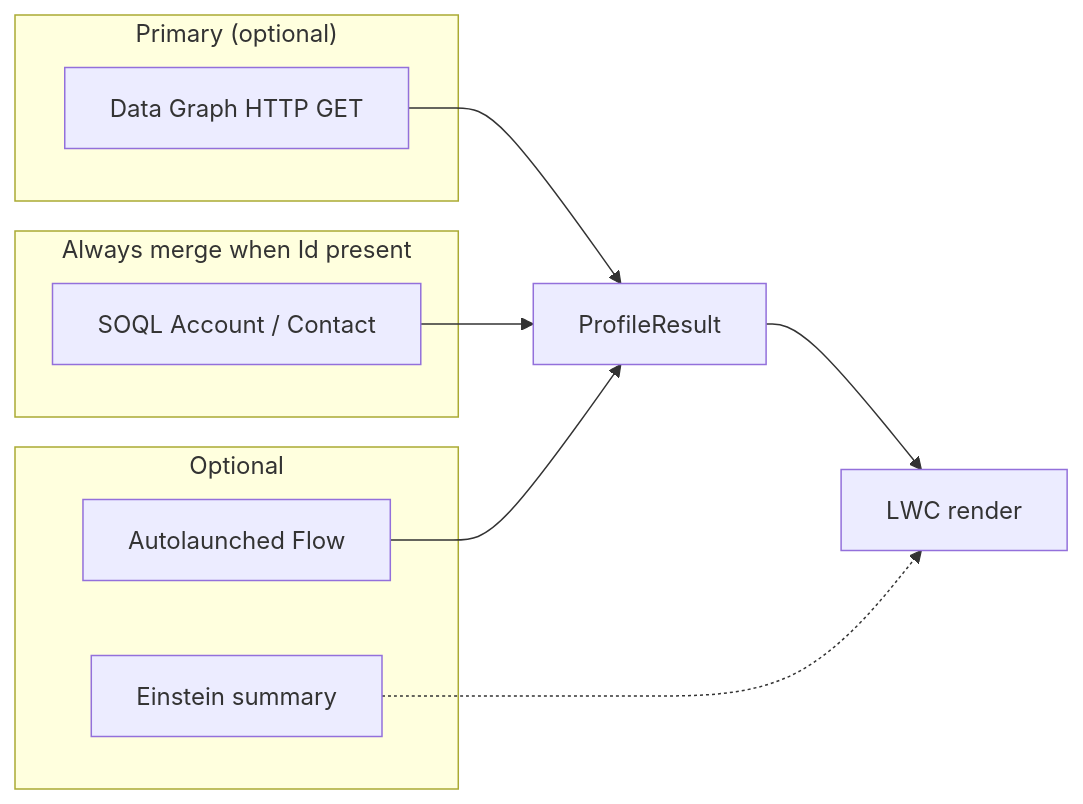
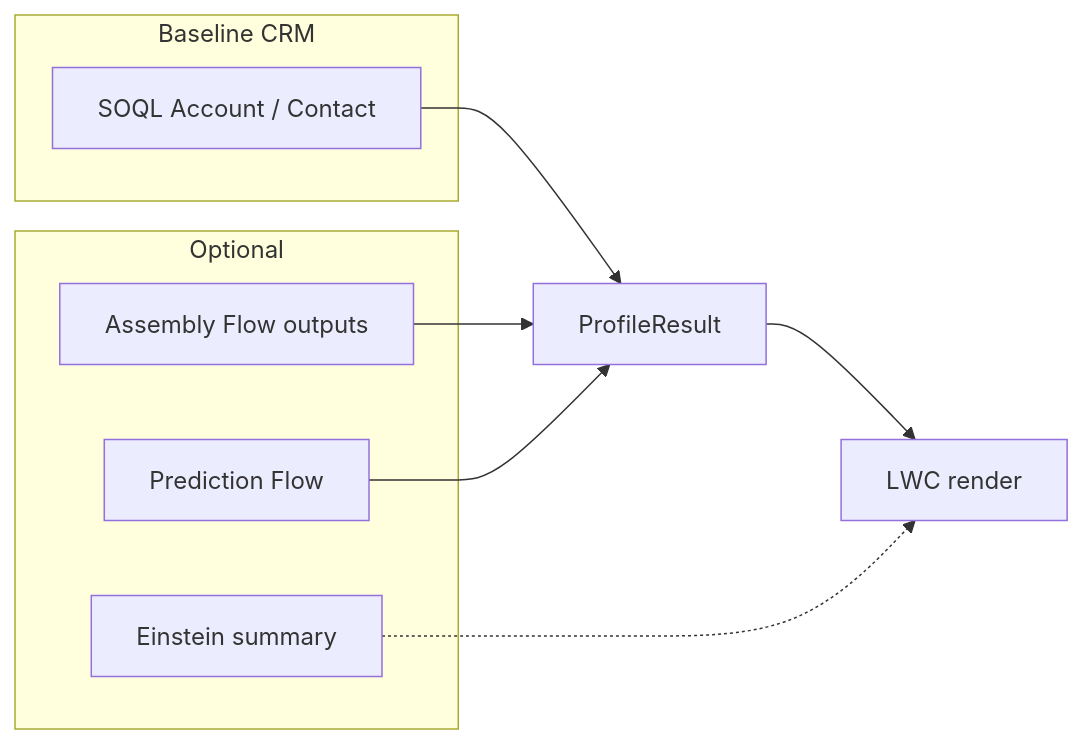
The first of 7 diagrams in DC_PersonProfileWidget/docs/DIAGRAMS.md (josers18/JDO), drawn with Mermaid before and after one commit. The commit also changed other lines of this file and 32 other files, not shown here.

First line of the commit message:
docs(DC_PersonProfileWidget): guides, diagrams, samples, deploy/apex refs

````diff
--- a/DC_PersonProfileWidget/docs/DIAGRAMS.md
+++ b/DC_PersonProfileWidget/docs/DIAGRAMS.md
@@ -7,18 +7,16 @@
 ```mermaid
 flowchart LR
-    subgraph Primary["Primary (optional)"]
-        G[Data Graph HTTP GET]
-    end
-    subgraph Enrich["Always merge when Id present"]
+    subgraph Base["Baseline CRM"]
         S[SOQL Account / Contact]
     end
     subgraph Optional["Optional"]
-        F[Autolaunched Flow]
+        A[Assembly Flow outputs]
+        P[Prediction Flow]
         E[Einstein summary]
     end
-    G --> M[ProfileResult]
-    S --> M
-    F --> M
+    S --> M[ProfileResult]
+    A --> M
+    P --> M
     M --> LWC[LWC render]
     E -.-> LWC
 ```
````
